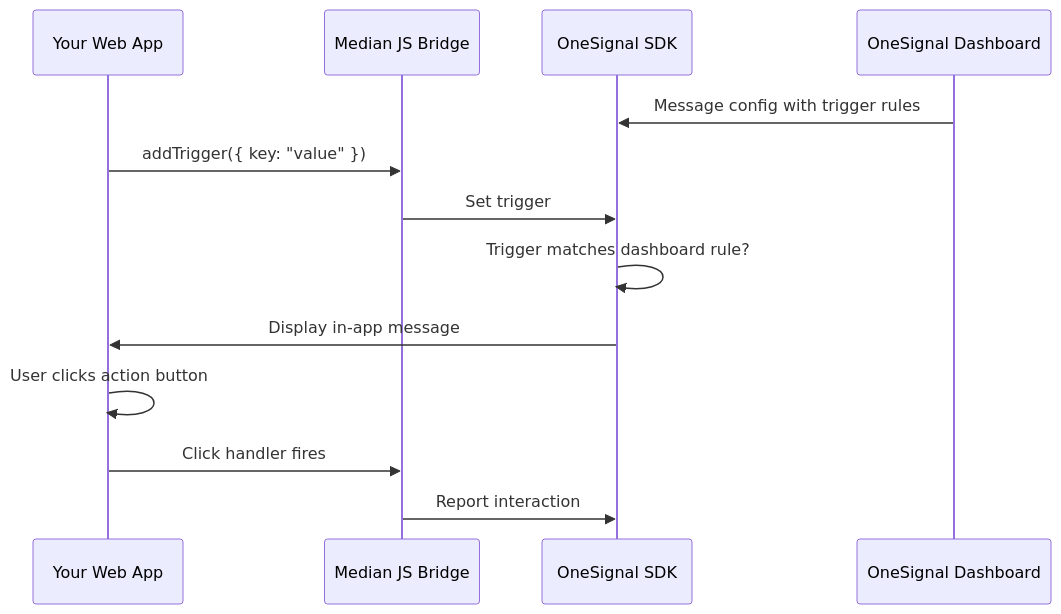
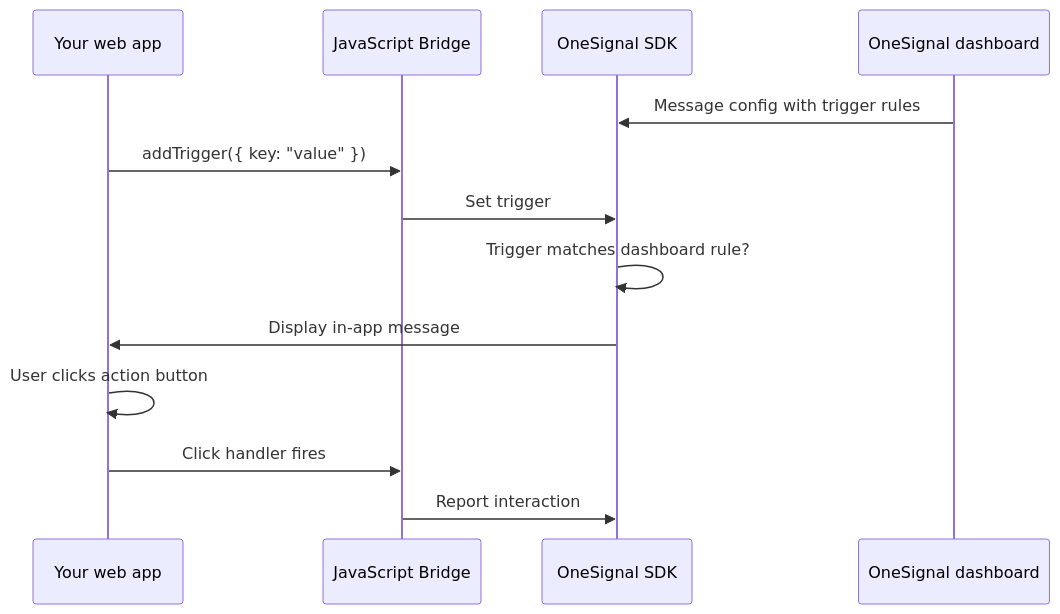
The diagram in docs/in-app-messages.mdx (gonativeio/docs), drawn with Mermaid before and after one commit. The commit also changed other lines of this file and 246 other files, not shown here.

````diff
--- a/docs/in-app-messages.mdx
+++ b/docs/in-app-messages.mdx
@@ -79,17 +79,17 @@
 ```mermaid
 %%{init: {'flowchart': {'defaultRenderer': 'elk'}}}%%
 sequenceDiagram
-    participant Web as Your Web App
-    participant Bridge as Median JS Bridge
+    participant Web as Your web app
+    participant Bridge as JavaScript Bridge
     participant SDK as OneSignal SDK
-    participant Dash as OneSignal Dashboard
+    participant Dash as OneSignal dashboard
 
     Dash->>SDK: Message config with trigger rules
     Web->>Bridge: addTrigger({ key: "value" })
     Bridge->>SDK: Set trigger
     SDK->>SDK: Trigger matches dashboard rule?
     SDK->>Web: Display in-app message
     Web->>Web: User clicks action button
     Web->>Bridge: Click handler fires
     Bridge->>SDK: Report interaction
 ```
````
